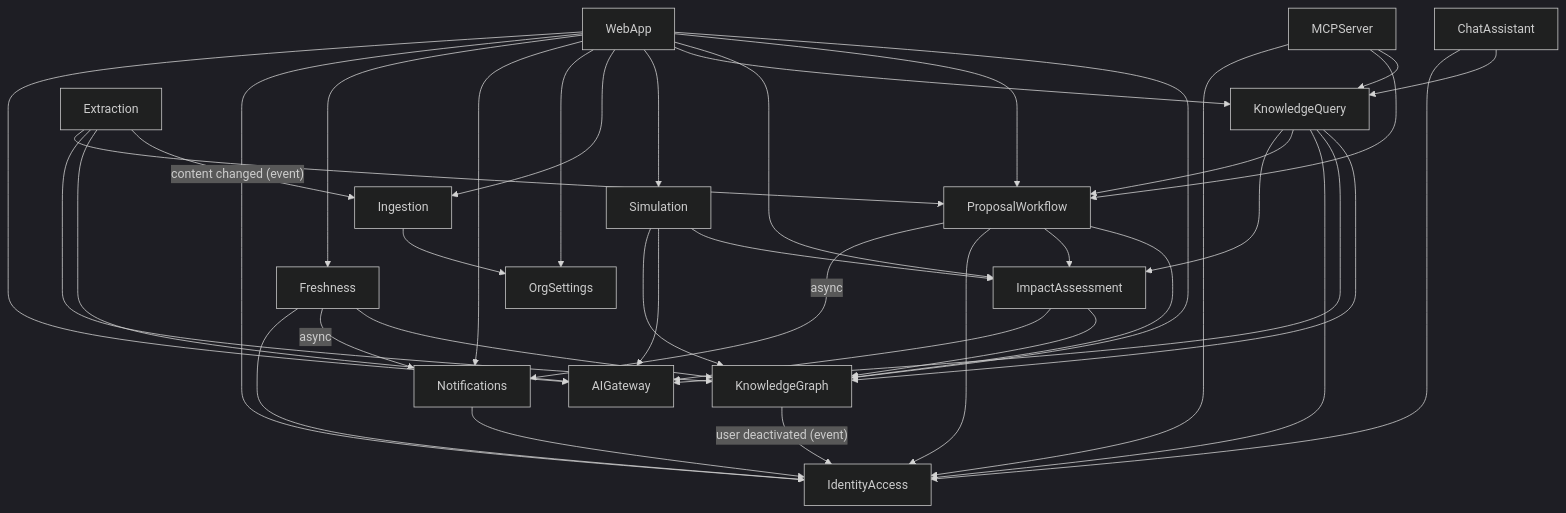
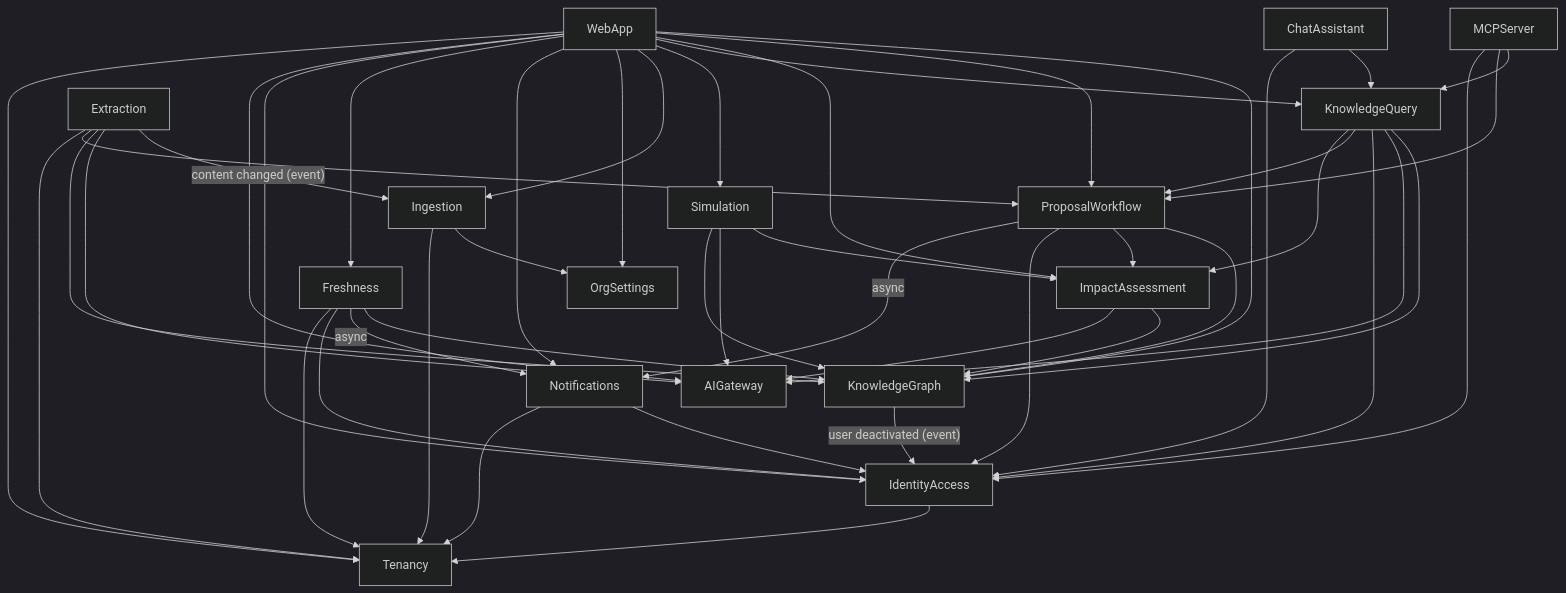
The diagram in aidlc/spaces/default/intents/261125-context-engine/inception/domain-design/components.md (nc-krishan-tanna/counter-hamster-wheel), drawn with Mermaid (dark theme) before and after one commit. The commit also changed other lines of this file and 6 other files, not shown here.

````diff
--- a/aidlc/spaces/default/intents/261125-context-engine/inception/domain-design/components.md
+++ b/aidlc/spaces/default/intents/261125-context-engine/inception/domain-design/components.md
@@ -622,43 +706,49 @@
 ```mermaid
 graph TD
     WebApp --> KnowledgeGraph
     WebApp --> ProposalWorkflow
     WebApp --> ImpactAssessment
     WebApp --> KnowledgeQuery
     WebApp --> Simulation
     WebApp --> Ingestion
     WebApp --> OrgSettings
     WebApp --> Notifications
     WebApp --> Freshness
     WebApp --> IdentityAccess
     WebApp --> AIGateway
     MCPServer --> KnowledgeQuery
     MCPServer --> ProposalWorkflow
     MCPServer --> IdentityAccess
     ChatAssistant --> KnowledgeQuery
     ChatAssistant --> IdentityAccess
     KnowledgeQuery --> KnowledgeGraph
     KnowledgeQuery --> AIGateway
     KnowledgeQuery --> IdentityAccess
     KnowledgeQuery --> ProposalWorkflow
     KnowledgeQuery --> ImpactAssessment
     Simulation --> ImpactAssessment
     Simulation --> AIGateway
     Simulation --> KnowledgeGraph
     Extraction -- "content changed (event)" --> Ingestion
     Extraction --> AIGateway
     Extraction --> KnowledgeGraph
     Extraction --> ProposalWorkflow
     ProposalWorkflow --> KnowledgeGraph
     ProposalWorkflow --> ImpactAssessment
     ProposalWorkflow --> IdentityAccess
     ProposalWorkflow -- "async" --> Notifications
     Freshness --> KnowledgeGraph
     Freshness -- "async" --> Notifications
     Freshness --> IdentityAccess
     ImpactAssessment --> KnowledgeGraph
     ImpactAssessment --> AIGateway
     Notifications --> IdentityAccess
     Ingestion --> OrgSettings
     KnowledgeGraph -- "user deactivated (event)" --> IdentityAccess
+    IdentityAccess --> Tenancy
+    Ingestion --> Tenancy
+    Extraction --> Tenancy
+    Freshness --> Tenancy
+    Notifications --> Tenancy
+    WebApp --> Tenancy
 ```
````
